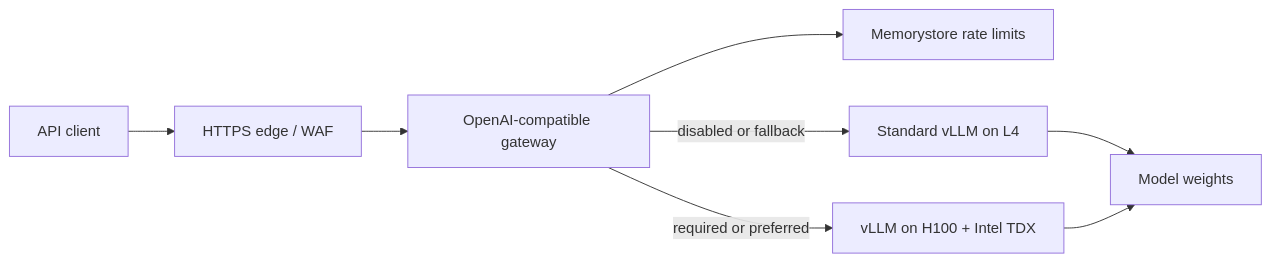
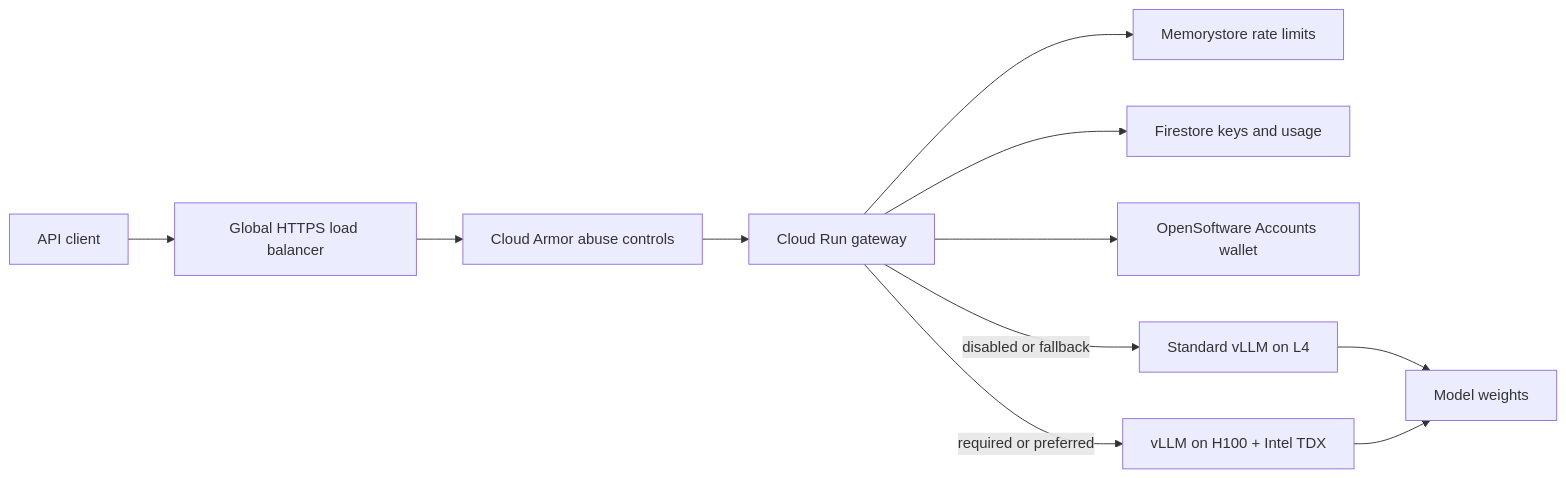
The diagram in docs/architecture.md (open-software-network/os-api), drawn with Mermaid before and after one commit. The commit also changed other lines of this file and 25 other files, not shown here.

````diff
--- a/docs/architecture.md
+++ b/docs/architecture.md
@@ -5,10 +5,13 @@
 ```mermaid
 flowchart LR
-  C["API client"] --> E["HTTPS edge / WAF"]
-  E --> G["OpenAI-compatible gateway"]
+  C["API client"] --> E["Global HTTPS load balancer"]
+  E --> A["Cloud Armor abuse controls"]
+  A --> G["Cloud Run gateway"]
   G --> R["Memorystore rate limits"]
+  G --> F["Firestore keys and usage"]
+  G --> O["OpenSoftware Accounts wallet"]
   G -->|"disabled or fallback"| S["Standard vLLM on L4"]
   G -->|"required or preferred"| T["vLLM on H100 + Intel TDX"]
   S --> M["Model weights"]
   T --> M
 ```
````
